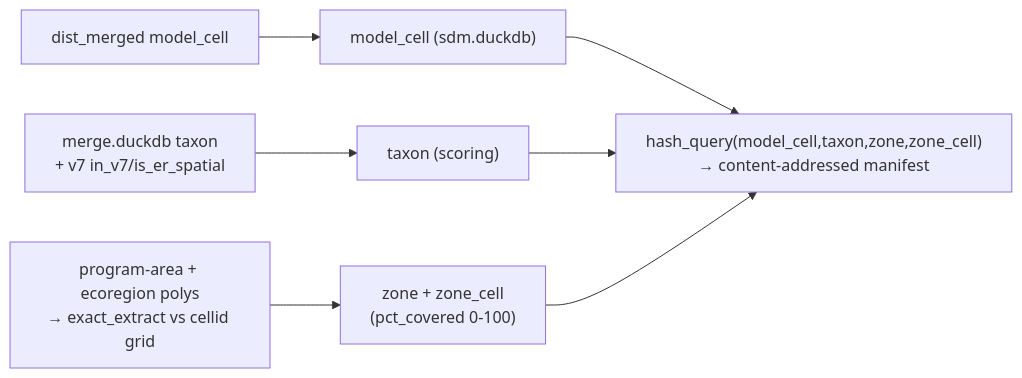
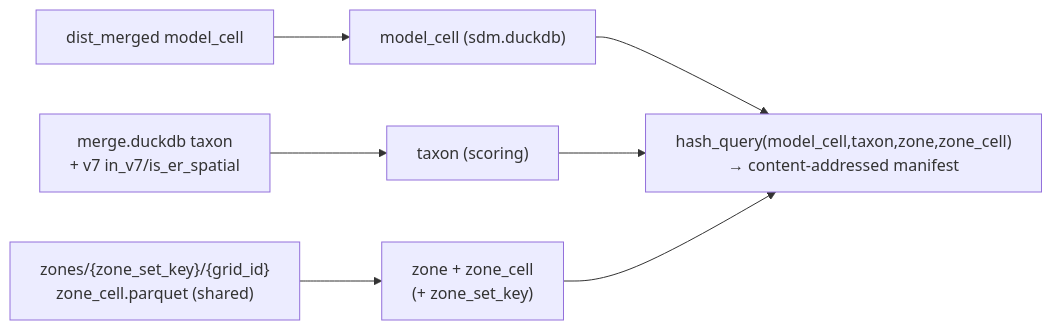
The diagram in score_zones.qmd (MarineSensitivity/workflows), drawn with Mermaid before and after one commit. The commit also changed other lines of this file, not shown here.

First line of the commit message:
score_zones: read zone_cell from the shared store instead of re-extracting

````diff
--- a/score_zones.qmd
+++ b/score_zones.qmd
@@ -20,11 +20,11 @@
 ```{mermaid}
 %%| label: fig-design
 %%| fig-cap: "Assemble the scoring DB: merged model_cell + scoring taxon + zone/zone_cell coverage"
 flowchart LR
   mrg["dist_merged model_cell"] --> mc["model_cell (sdm.duckdb)"]
   mtx["merge.duckdb taxon<br/>+ v7 in_v7/is_er_spatial"] --> tx["taxon (scoring)"]
-  ply["program-area + ecoregion polys<br/>→ exact_extract vs cellid grid"] --> zc["zone + zone_cell<br/>(pct_covered 0-100)"]
+  ply["zones/{zone_set_key}/{grid_id}<br/>zone_cell.parquet (shared)"] --> zc["zone + zone_cell<br/>(+ zone_set_key)"]
   mc --> mf["hash_query(model_cell,taxon,zone,zone_cell)<br/>→ content-addressed manifest"]
   tx --> mf
   zc --> mf
 ```
````
